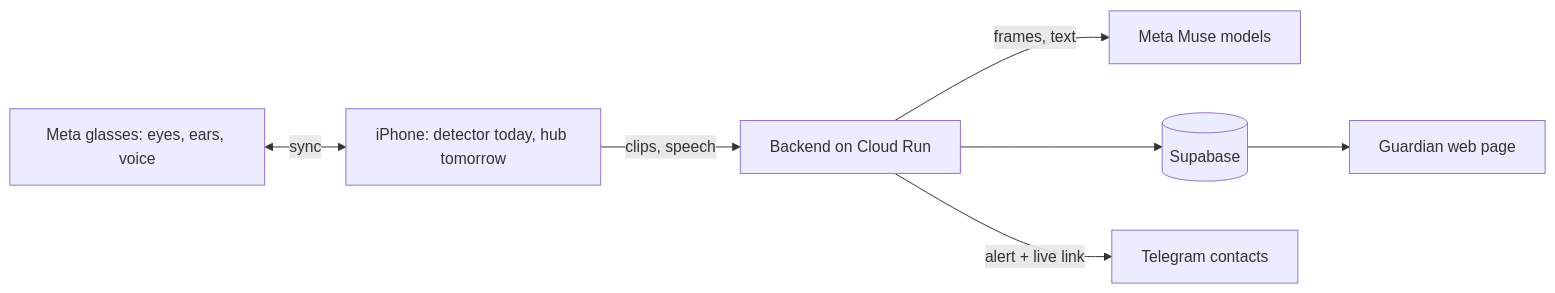
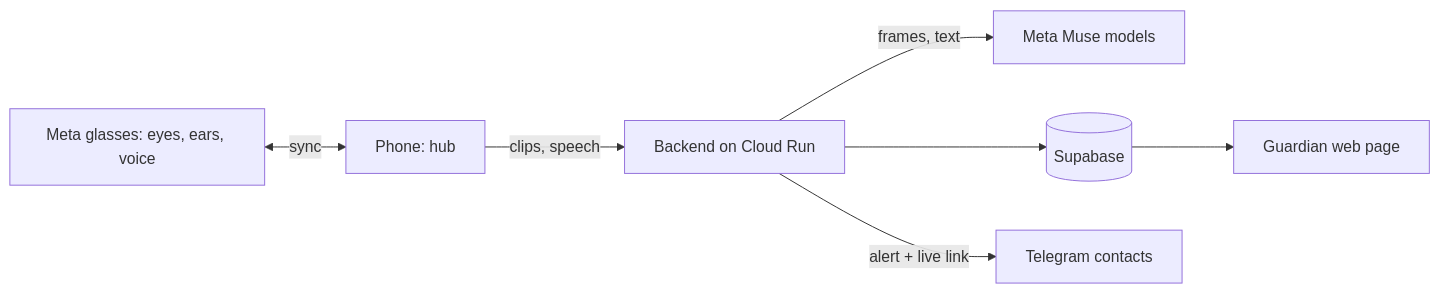
Before and after one commit to ujj14kal/safeguard: the diagram in README.md, drawn with Mermaid. The commit also changed other lines of this file, not shown here.

Commit message:
Reframe README around Meta glasses and list only models in use

````diff
--- a/README.md
+++ b/README.md
@@ -63,9 +60,9 @@
 ```mermaid
 flowchart LR
-  G[Meta glasses: eyes, ears, voice] <-->|sync| P[iPhone: detector today, hub tomorrow]
+  G[Meta glasses: eyes, ears, voice] <-->|sync| P[Phone: hub]
   P -->|clips, speech| B[Backend on Cloud Run]
   B -->|frames, text| M[Meta Muse models]
   B --> S[(Supabase)]
   B -->|alert + live link| T[Telegram contacts]
   S --> W[Guardian web page]
 ```
````
